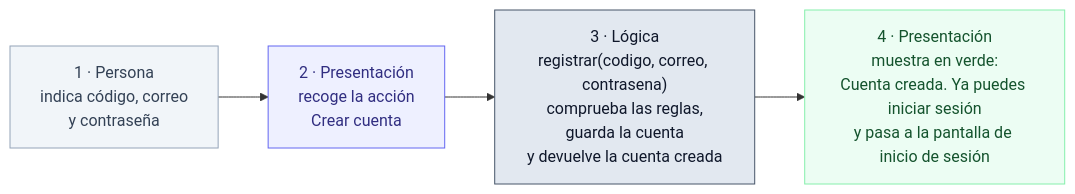
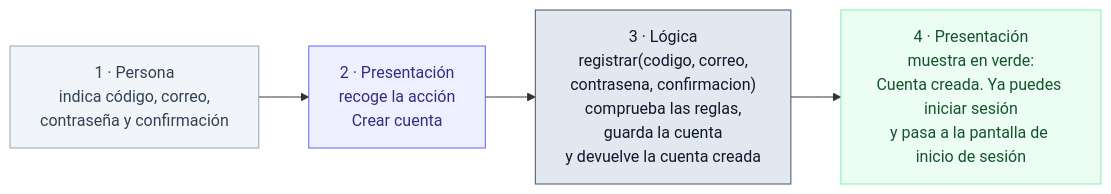
Before and after one commit to raulandres24/proyecto_reservacion_salas_final: the first of 2 diagrams in docs/recorrido-registro.md, drawn with Mermaid. The commit also changed other lines of this file and 7 other files, not shown here.

First line of the commit message:
docs: confirmación de contraseña en el registro (C-15) y fase F10

````diff
--- a/docs/recorrido-registro.md
+++ b/docs/recorrido-registro.md
@@ -7,17 +7,17 @@
 ```mermaid
 flowchart LR
-    A["1 · Persona<br/>indica código, correo<br/>y contraseña"]
+    A["1 · Persona<br/>indica código, correo,<br/>contraseña y confirmación"]
     B["2 · Presentación<br/>recoge la acción<br/>Crear cuenta"]
-    C["3 · Lógica<br/>registrar(codigo, correo, contrasena)<br/>comprueba las reglas,<br/>guarda la cuenta<br/>y devuelve la cuenta creada"]
+    C["3 · Lógica<br/>registrar(codigo, correo,<br/>contrasena, confirmacion)<br/>comprueba las reglas,<br/>guarda la cuenta<br/>y devuelve la cuenta creada"]
     D["4 · Presentación<br/>muestra en verde:<br/>Cuenta creada. Ya puedes iniciar sesión<br/>y pasa a la pantalla de inicio de sesión"]
     A --> B --> C --> D
 
     classDef persona fill:#f1f5f9,stroke:#94a3b8,color:#334155
     classDef presentacion fill:#eef0ff,stroke:#6366f1,color:#312e81
     classDef logica fill:#e2e8f0,stroke:#475569,color:#0f172a
     classDef ok fill:#ecfdf3,stroke:#86efac,color:#14532d
     class A persona
     class B presentacion
     class C logica
     class D ok
 ```
````
